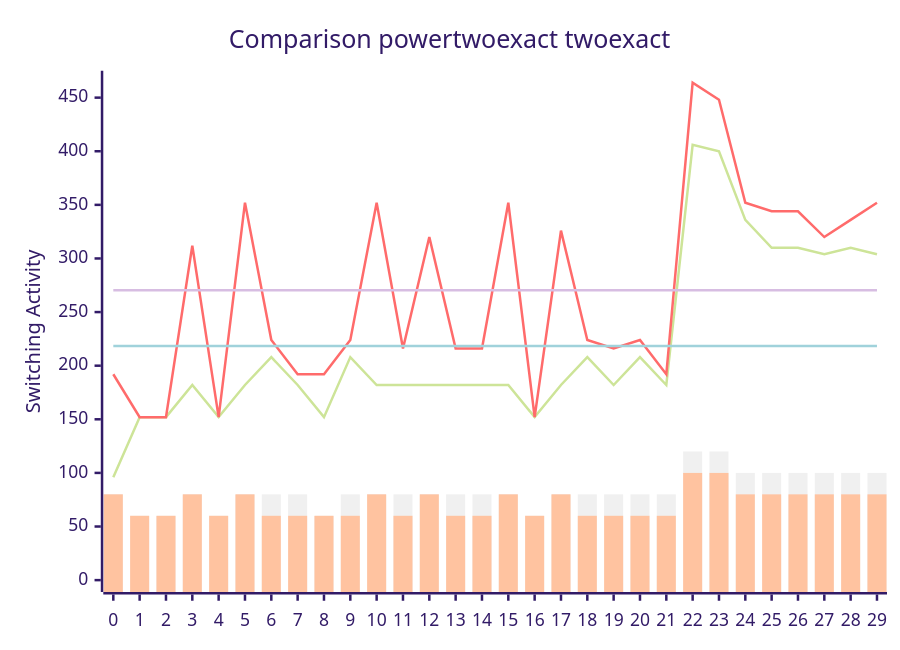
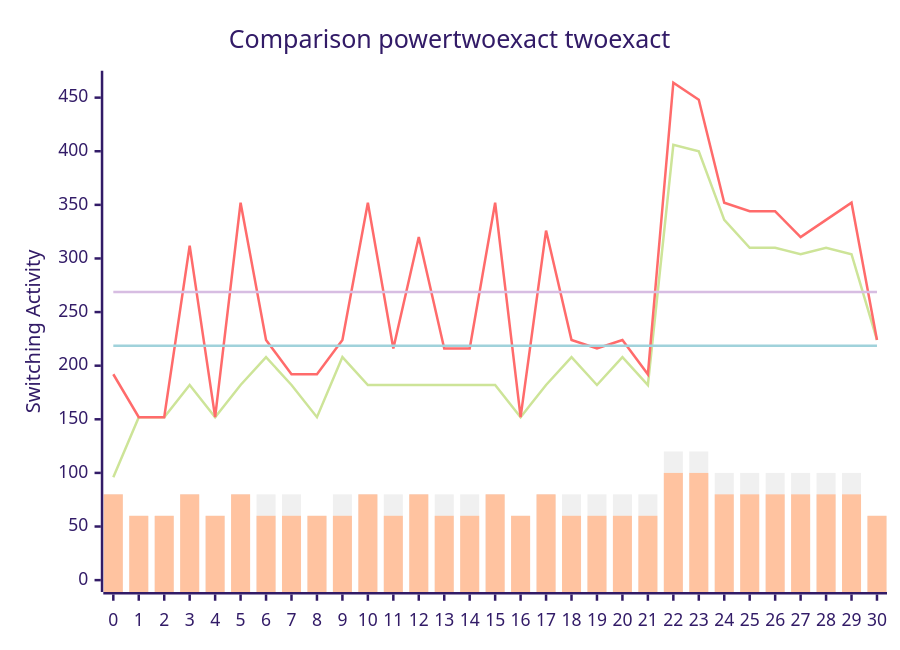
Before and after one commit to FeldmeierMichael/Exact-Power-Synthesis: the diagram in benchmark.md, drawn with Mermaid (forest theme). The commit also changed other lines of this file and 2 other files, not shown here.

````diff
--- a/benchmark.md
+++ b/benchmark.md
@@ -61,12 +63,12 @@
 ```mermaid
 xychart-beta
     title "Comparison powertwoexact twoexact"
-    x-axis [0, 1, 2, 3, 4, 5, 6, 7, 8, 9, 10, 11, 12, 13, 14, 15, 16, 17, 18, 19, 20, 21, 22, 23, 24, 25, 26, 27, 28, 29]
+    x-axis [0, 1, 2, 3, 4, 5, 6, 7, 8, 9, 10, 11, 12, 13, 14, 15, 16, 17, 18, 19, 20, 21, 22, 23, 24, 25, 26, 27, 28, 29, 30]
     y-axis "Switching Activity" 0-->464
-    line [96, 152, 152, 182, 152, 182, 208, 182, 152, 208, 182, 182, 182, 182, 182, 182, 152, 182, 208, 182, 208, 182, 406, 400, 336, 310, 310, 304, 310, 304]
-    line [192, 152, 152, 312, 152, 352, 224, 192, 192, 224, 352, 216, 320, 216, 216, 352, 152, 326, 224, 216, 224, 192, 464, 448, 352, 344, 344, 320, 336, 352]
-    line [218.4, 218.4, 218.4, 218.4, 218.4, 218.4, 218.4, 218.4, 218.4, 218.4, 218.4, 218.4, 218.4, 218.4, 218.4, 218.4, 218.4, 218.4, 218.4, 218.4, 218.4, 218.4, 218.4, 218.4, 218.4, 218.4, 218.4, 218.4, 218.4, 218.4]
-    line [270.3333333333333, 270.3333333333333, 270.3333333333333, 270.3333333333333, 270.3333333333333, 270.3333333333333, 270.3333333333333, 270.3333333333333, 270.3333333333333, 270.3333333333333, 270.3333333333333, 270.3333333333333, 270.3333333333333, 270.3333333333333, 270.3333333333333, 270.3333333333333, 270.3333333333333, 270.3333333333333, 270.3333333333333, 270.3333333333333, 270.3333333333333, 270.3333333333333, 270.3333333333333, 270.3333333333333, 270.3333333333333, 270.3333333333333, 270.3333333333333, 270.3333333333333, 270.3333333333333, 270.3333333333333]
-    bar [80, 60, 60, 80, 60, 80, 80, 80, 60, 80, 80, 80, 80, 80, 80, 80, 60, 80, 80, 80, 80, 80, 120, 120, 100, 100, 100, 100, 100, 100]
-    bar [80, 60, 60, 80, 60, 80, 60, 60, 60, 60, 80, 60, 80, 60, 60, 80, 60, 80, 60, 60, 60, 60, 100, 100, 80, 80, 80, 80, 80, 80]
+    line [96, 152, 152, 182, 152, 182, 208, 182, 152, 208, 182, 182, 182, 182, 182, 182, 152, 182, 208, 182, 208, 182, 406, 400, 336, 310, 310, 304, 310, 304, 224]
+    line [192, 152, 152, 312, 152, 352, 224, 192, 192, 224, 352, 216, 320, 216, 216, 352, 152, 326, 224, 216, 224, 192, 464, 448, 352, 344, 344, 320, 336, 352, 224]
+    line [218.58064516129033, 218.58064516129033, 218.58064516129033, 218.58064516129033, 218.58064516129033, 218.58064516129033, 218.58064516129033, 218.58064516129033, 218.58064516129033, 218.58064516129033, 218.58064516129033, 218.58064516129033, 218.58064516129033, 218.58064516129033, 218.58064516129033, 218.58064516129033, 218.58064516129033, 218.58064516129033, 218.58064516129033, 218.58064516129033, 218.58064516129033, 218.58064516129033, 218.58064516129033, 218.58064516129033, 218.58064516129033, 218.58064516129033, 218.58064516129033, 218.58064516129033, 218.58064516129033, 218.58064516129033, 218.58064516129033]
+    line [268.83870967741933, 268.83870967741933, 268.83870967741933, 268.83870967741933, 268.83870967741933, 268.83870967741933, 268.83870967741933, 268.83870967741933, 268.83870967741933, 268.83870967741933, 268.83870967741933, 268.83870967741933, 268.83870967741933, 268.83870967741933, 268.83870967741933, 268.83870967741933, 268.83870967741933, 268.83870967741933, 268.83870967741933, 268.83870967741933, 268.83870967741933, 268.83870967741933, 268.83870967741933, 268.83870967741933, 268.83870967741933, 268.83870967741933, 268.83870967741933, 268.83870967741933, 268.83870967741933, 268.83870967741933, 268.83870967741933]
+    bar [80, 60, 60, 80, 60, 80, 80, 80, 60, 80, 80, 80, 80, 80, 80, 80, 60, 80, 80, 80, 80, 80, 120, 120, 100, 100, 100, 100, 100, 100, 60]
+    bar [80, 60, 60, 80, 60, 80, 60, 60, 60, 60, 80, 60, 80, 60, 60, 80, 60, 80, 60, 60, 60, 60, 100, 100, 80, 80, 80, 80, 80, 80, 60]
 ```
````
